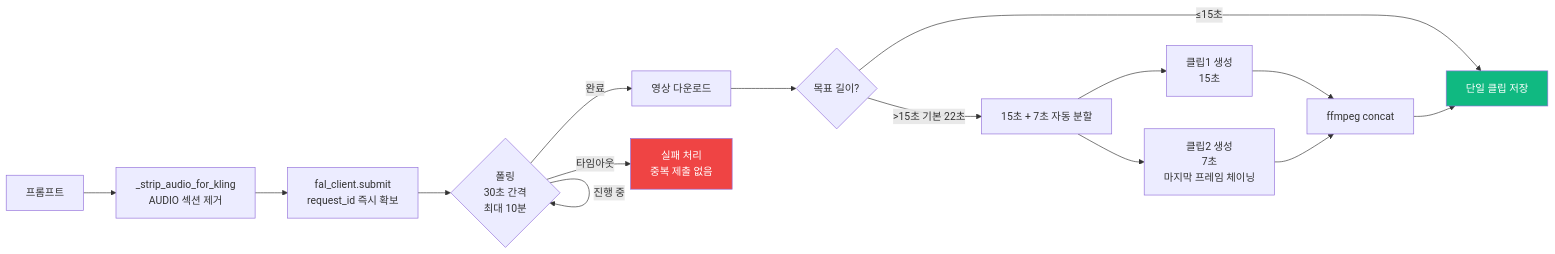
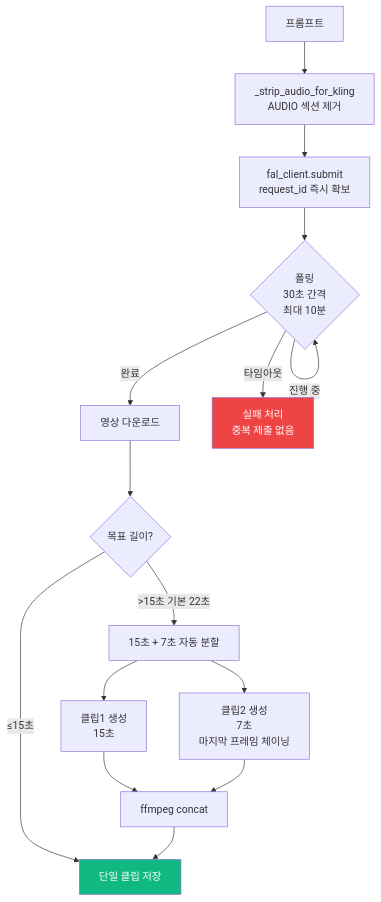
Before and after one commit to Userlsj-project/VideoLabs: the sixth of 9 diagrams in PRESENTATION.md, drawn with Mermaid. The commit also changed other lines of this file, not shown here.

Commit message:
Fix Mermaid diagrams: split wide LR pipeline, convert LR to TD

````diff
--- a/PRESENTATION.md
+++ b/PRESENTATION.md
@@ -264,21 +274,21 @@
 ```mermaid
-flowchart LR
+flowchart TD
     P[프롬프트] --> STRIP[_strip_audio_for_kling\nAUDIO 섹션 제거]
     STRIP --> SUBMIT[fal_client.submit\nrequest_id 즉시 확보]
     SUBMIT --> POLL{폴링\n30초 간격\n최대 10분}
     POLL -->|진행 중| POLL
     POLL -->|완료| DL[영상 다운로드]
     POLL -->|타임아웃| FAIL[실패 처리\n중복 제출 없음]
 
     DL --> LEN{목표 길이?}
     LEN -->|≤15초| DONE[단일 클립 저장]
     LEN -->|>15초 기본 22초| SPLIT[15초 + 7초 자동 분할]
     SPLIT --> C1[클립1 생성\n15초]
     SPLIT --> C2[클립2 생성\n7초\n마지막 프레임 체이닝]
     C1 --> CONCAT[ffmpeg concat]
     C2 --> CONCAT
     CONCAT --> DONE
 
     style FAIL fill:#ef4444,color:#fff
     style DONE fill:#10b981,color:#fff
 ```
````
